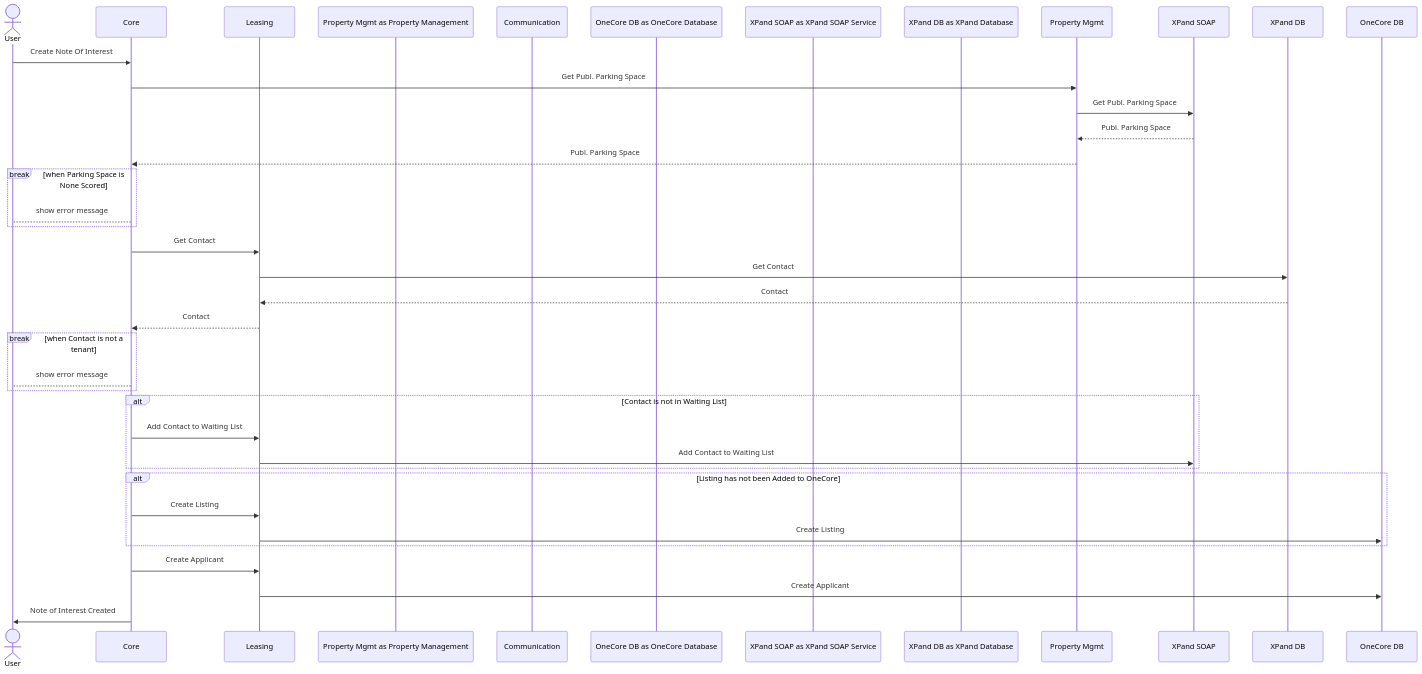
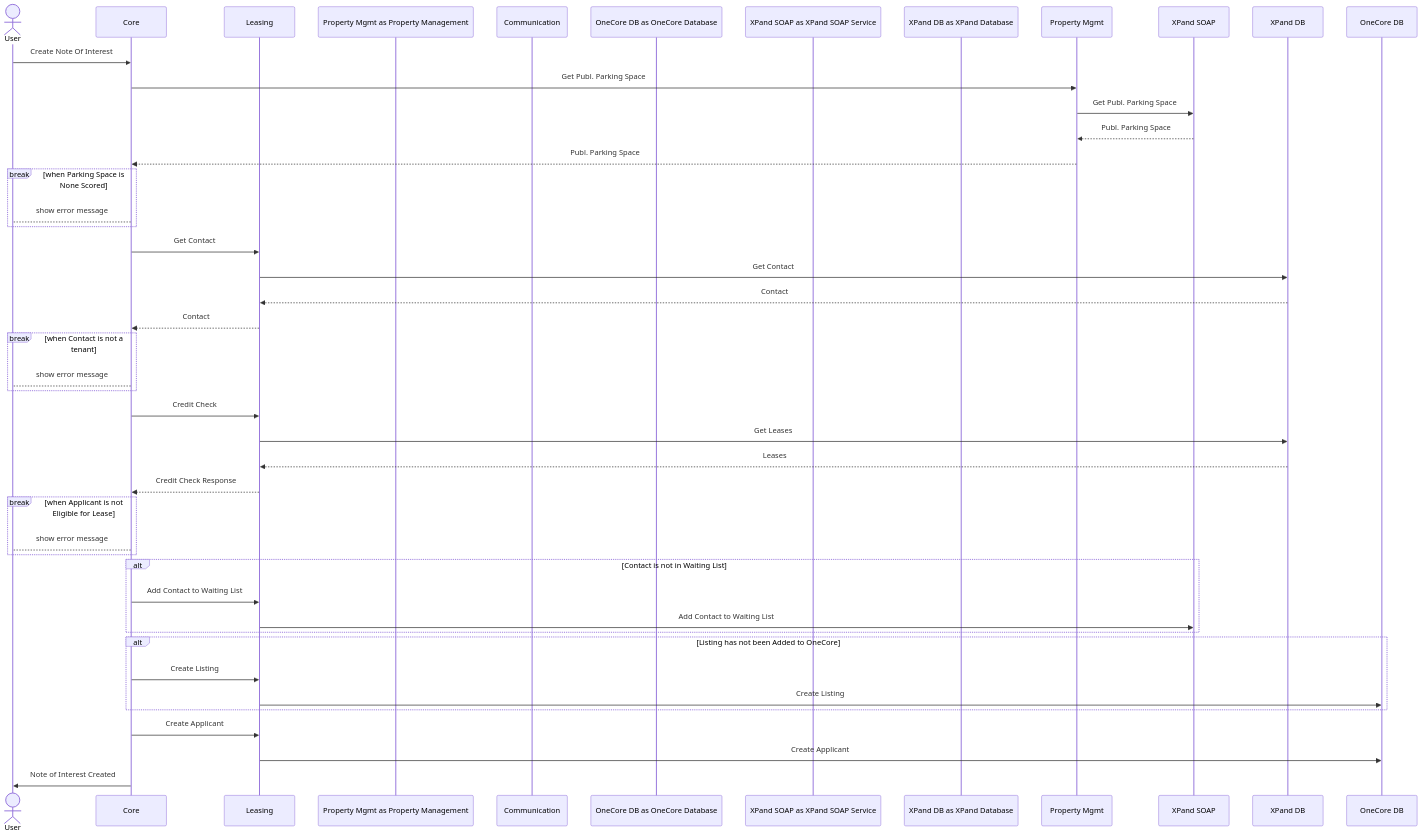
One commit to Bostads-AB-Mimer/onecore changed the second of 2 diagrams in core/src/processes/parkingspaces/internal/DOCS_Create_Note_of_Interest_for_Scored_Parking_Space.md. Above: the diagram before and after it, drawn with Mermaid. The commit also changed other lines of this file and 2 other files, not shown here.

Commit message:
Feat: 1490 Internal Credit Check for Create Note of Interest Process (#80)
* Feat: 1490 Internal Credit Check for Create Note of Interest Process

* Process docs update

````diff
--- a/core/src/processes/parkingspaces/internal/DOCS_Create_Note_of_Interest_for_Scored_Parking_Space.md
+++ b/core/src/processes/parkingspaces/internal/DOCS_Create_Note_of_Interest_for_Scored_Parking_Space.md
@@ -23,45 +26,55 @@
 ```mermaid
 sequenceDiagram
     #participant System as System
     actor User as User
     participant Core as Core
     participant Leasing as Leasing
     participant Property Mgmt as Property Management
     participant Communication as Communication
     participant OneCore DB as OneCore Database
     participant XPand SOAP as XPand SOAP Service
     participant XPand DB as XPand Database
 
     User ->> Core: Create Note Of Interest
 
     Core ->> Property Mgmt: Get Publ. Parking Space
     Property Mgmt ->> XPand SOAP: Get Publ. Parking Space
     XPand SOAP -->> Property Mgmt:Publ. Parking Space
     Property Mgmt -->> Core: Publ. Parking Space
     break when Parking Space is None Scored
         Core-->User: show error message
     end
 
     Core ->> Leasing: Get Contact
     Leasing ->> XPand DB: Get Contact
     XPand DB -->> Leasing:Contact
     Leasing -->> Core: Contact
     break when Contact is not a tenant
         Core-->User: show error message
     end
 
+    Core ->> Leasing: Credit Check
+    Leasing ->> XPand DB: Get Leases
+    XPand DB -->> Leasing: Leases
+    Leasing -->> Core: Credit Check Response
+
+    break when Applicant is not Eligible for Lease
+        Core-->User: show error message
+    end
     alt Contact is not in Waiting List
         Core ->> Leasing: Add Contact to Waiting List
         Leasing ->> XPand SOAP: Add Contact to Waiting List
     end
 
     alt Listing has not been Added to OneCore
         Core ->> Leasing: Create Listing
         Leasing ->> OneCore DB: Create Listing
     end
 
     Core ->> Leasing: Create Applicant
     Leasing ->> OneCore DB: Create Applicant
 
     Core ->> User: Note of Interest Created
+
+
 ```
````
